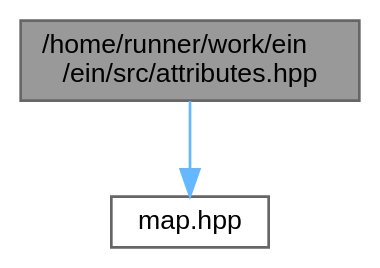
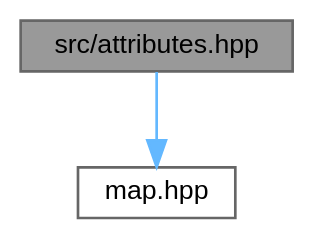
The diagram in d2/d0f/attributes_8hpp__incl.dot (ekmett/ein), drawn with Graphviz before and after one commit. The commit also changed 79 other files, not shown here.

```diff
--- a/d2/d0f/attributes_8hpp__incl.dot
+++ b/d2/d0f/attributes_8hpp__incl.dot
@@ -1,10 +1,10 @@
-digraph "/home/runner/work/ein/ein/src/attributes.hpp"
+digraph "src/attributes.hpp"
 {
  // LATEX_PDF_SIZE
   bgcolor="transparent";
   edge [fontname=Helvetica,fontsize=10,labelfontname=Helvetica,labelfontsize=10];
   node [fontname=Helvetica,fontsize=10,shape=box,height=0.2,width=0.4];
-  Node1 [id="Node000001",label="/home/runner/work/ein\l/ein/src/attributes.hpp",height=0.2,width=0.4,color="gray40", fillcolor="grey60", style="filled", fontcolor="black",tooltip="defines used to indicate useful attributes for the compiler"];
+  Node1 [id="Node000001",label="src/attributes.hpp",height=0.2,width=0.4,color="gray40", fillcolor="grey60", style="filled", fontcolor="black",tooltip="defines used to indicate useful attributes for the compiler"];
   Node1 -> Node2 [id="edge1_Node000001_Node000002",color="steelblue1",style="solid",tooltip=" "];
   Node2 [id="Node000002",label="map.hpp",height=0.2,width=0.4,color="grey40", fillcolor="white", style="filled",URL="$df/d7c/map_8hpp.html",tooltip=" "];
 }
```
